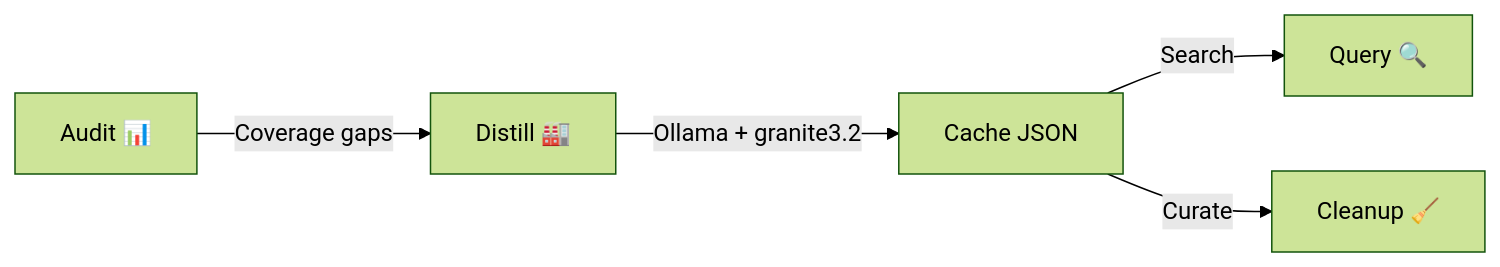
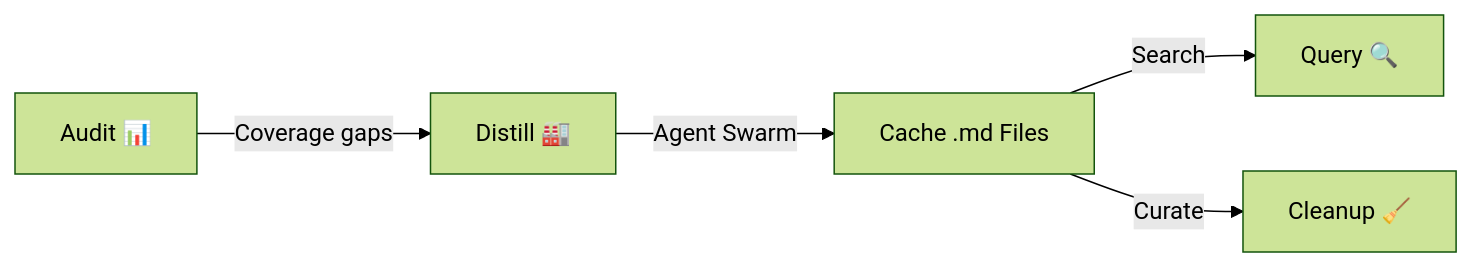
One commit to richfrem/agent-plugins-skills changed the diagram in plugins/rlm-factory/README.md. Above: the diagram before and after it, drawn with Mermaid (forest theme). The commit also changed other lines of this file and 190 other files, not shown here.

Commit message:
Retrofit rlm-factory to file-system native architecture and swarm-based distillation

````diff
--- a/plugins/rlm-factory/README.md
+++ b/plugins/rlm-factory/README.md
@@ -119,7 +111,7 @@
 ```mermaid
 graph LR
     A["Audit 📊"] -->|Coverage gaps| B["Distill 🏭"]
-    B -->|Ollama + granite3.2| C["Cache JSON"]
+    B -->|Agent Swarm| C["Cache .md Files"]
     C -->|Search| D["Query 🔍"]
     C -->|Curate| E["Cleanup 🧹"]
 ```
````
